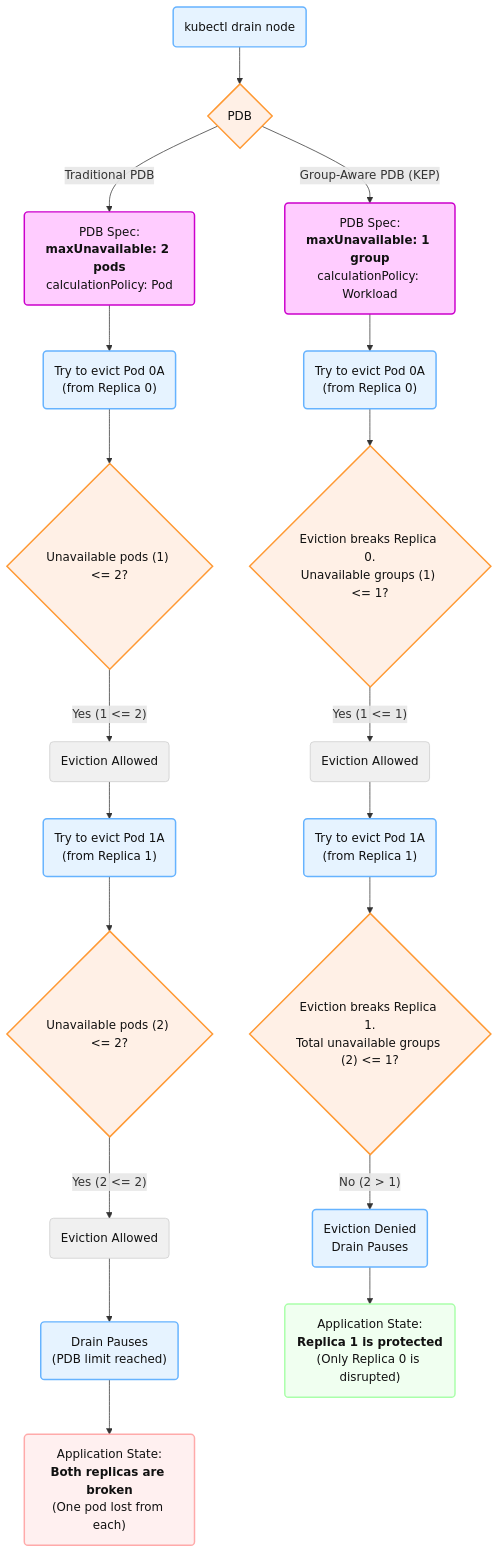
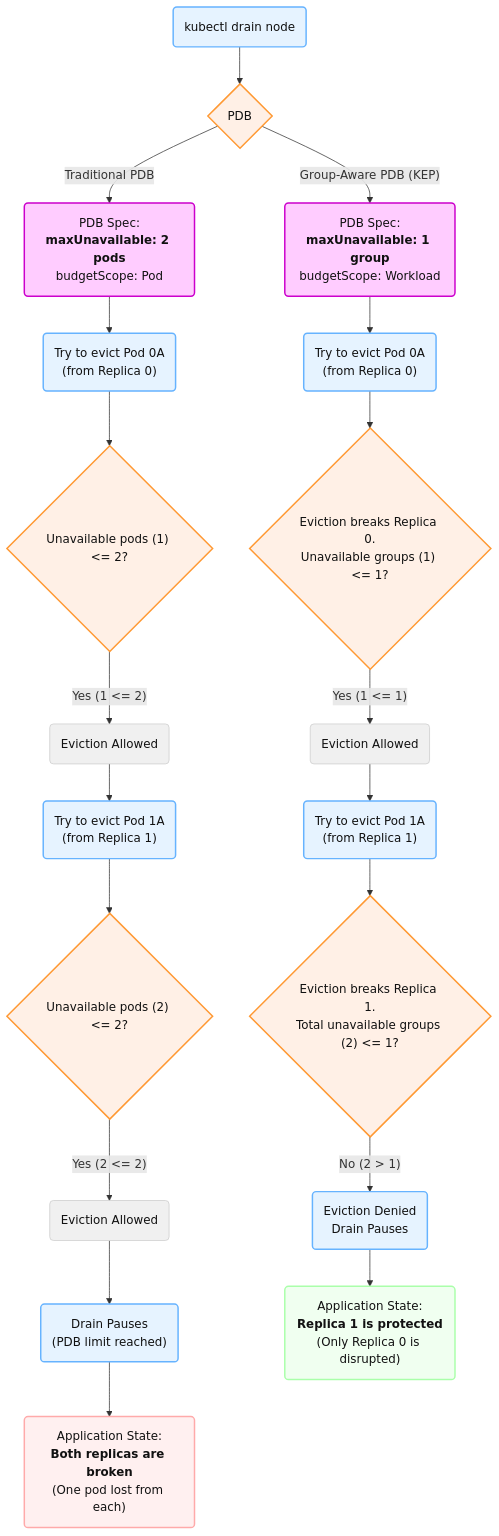
One commit to kubernetes/enhancements changed the second of 3 diagrams in keps/sig-apps/5682-pdbs-for-multipod-replicas/README.md. Above: the diagram before and after it, drawn with Mermaid. The commit also changed other lines of this file and 1 other file, not shown here.

````diff
--- a/keps/sig-apps/5682-pdbs-for-multipod-replicas/README.md
+++ b/keps/sig-apps/5682-pdbs-for-multipod-replicas/README.md
@@ -337,70 +363,70 @@
 ```mermaid
 graph TD
     %% Define Styles for Flowchart Diagram
     classDef action fill:#e6f3ff,stroke:#66b3ff,stroke-width:2px,color:#111
     classDef decision fill:#fff0e6,stroke:#ff9933,stroke-width:2px,color:#111
     classDef pdb_spec fill:#ffccff,stroke:#cc00cc,stroke-width:2px,color:#111
     classDef outcome_bad fill:#fff0f0,stroke:#ffaaaa,stroke-width:2px,color:#111
     classDef outcome_good fill:#f0fff0,stroke:#aaffaa,stroke-width:2px,color:#111
     classDef process fill:#f0f0f0,stroke:#ccc,color:#111
 
     %% --- Start ---
     StartDrain("kubectl drain node")
     class StartDrain action
 
     StartDrain --> PDB_Type{"PDB"}
     class PDB_Type decision
 
     %% --- Path 1: Traditional PDB ---
-    PDB_Type -- "Traditional PDB" --> PDB_Old(PDB Spec:<br/><b>maxUnavailable: 2 pods</b><br/>calculationPolicy: Pod)
+    PDB_Type -- "Traditional PDB" --> PDB_Old(PDB Spec:<br/><b>maxUnavailable: 2 pods</b><br/>budgetScope: Pod)
     class PDB_Old pdb_spec
     
     PDB_Old --> TryEvictP0A("Try to evict Pod 0A<br/>(from Replica 0)")
     class TryEvictP0A action
 
     TryEvictP0A --> CheckPods1{"Unavailable pods (1) <= 2?"}
     class CheckPods1 decision
 
     CheckPods1 -- "Yes (1 <= 2)" --> EvictP0A("Eviction Allowed")
     class EvictP0A process
 
     EvictP0A --> TryEvictP1A("Try to evict Pod 1A<br/>(from Replica 1)")
     class TryEvictP1A action
 
     TryEvictP1A --> CheckPods2{"Unavailable pods (2) <= 2?"}
     class CheckPods2 decision
 
     CheckPods2 -- "Yes (2 <= 2)" --> EvictP1A("Eviction Allowed")
     class EvictP1A process
 
     EvictP1A --> DrainStops("Drain Pauses<br/>(PDB limit reached)")
     class DrainStops action
 
     DrainStops --> AppDown("Application State:<br/><b>Both replicas are broken</b><br/>(One pod lost from each)")
     class AppDown outcome_bad
 
     %% --- Path 2: Group-Aware PDB (KEP) ---
-    PDB_Type -- "Group-Aware PDB (KEP)" --> PDB_New(PDB Spec:<br/><b>maxUnavailable: 1 group</b><br/>calculationPolicy: Workload)
+    PDB_Type -- "Group-Aware PDB (KEP)" --> PDB_New(PDB Spec:<br/><b>maxUnavailable: 1 group</b><br/>budgetScope: Workload)
     class PDB_New pdb_spec
 
     PDB_New --> TryEvictP0A_New("Try to evict Pod 0A<br/>(from Replica 0)")
     class TryEvictP0A_New action
 
     TryEvictP0A_New --> CheckGroups1{"Eviction breaks Replica 0.<br/>Unavailable groups (1) <= 1?"}
     class CheckGroups1 decision
 
     CheckGroups1 -- "Yes (1 <= 1)" --> EvictR0("Eviction Allowed")
     class EvictR0 process
 
     EvictR0 --> TryEvictP1A_New("Try to evict Pod 1A<br/>(from Replica 1)")
     class TryEvictP1A_New action
 
     TryEvictP1A_New --> CheckGroups2{"Eviction breaks Replica 1.<br/>Total unavailable groups (2) <= 1?"}
     class CheckGroups2 decision
 
     CheckGroups2 -- "No (2 > 1)" --> EvictP1A_Denied("Eviction Denied<br/>Drain Pauses")
     class EvictP1A_Denied action
 
     EvictP1A_Denied --> AppHealthy("Application State:<br/><b>Replica 1 is protected</b><br/>(Only Replica 0 is disrupted)")
     class AppHealthy outcome_good
 ```
````
